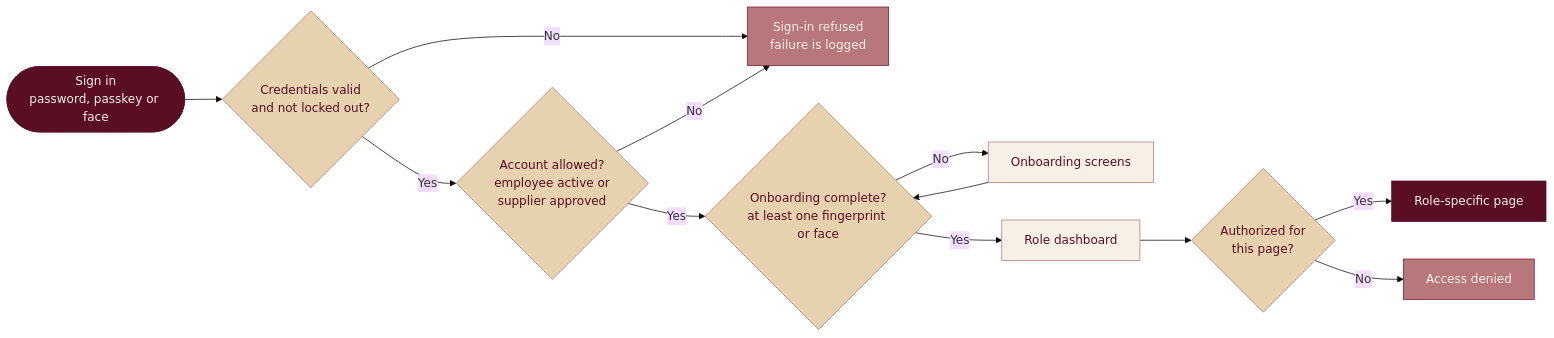
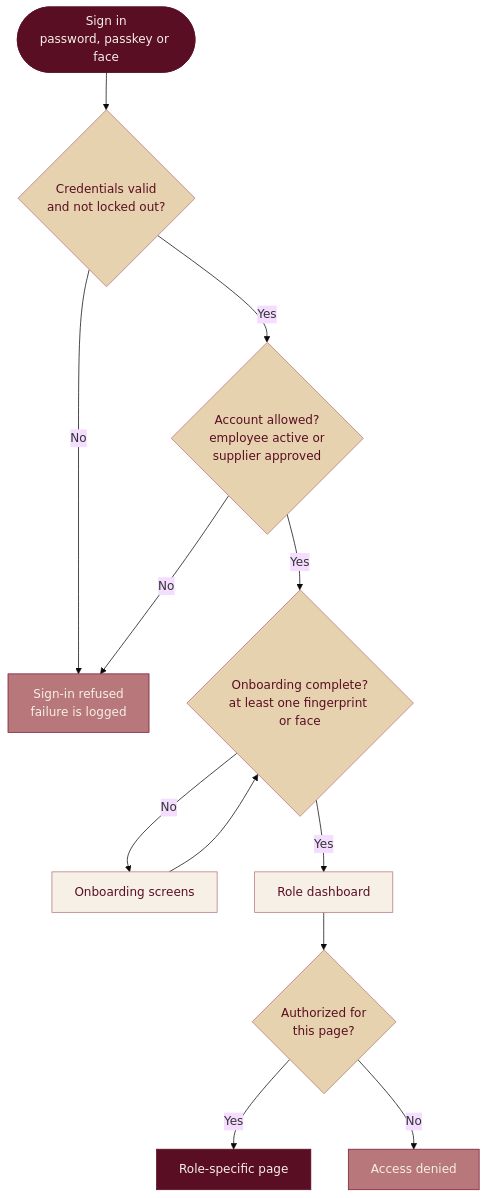
One commit to Supply-Tender-Team/Cosmetics-Management-System changed the fifth of 5 diagrams in README.md. Above: the diagram before and after it, drawn with Mermaid (base theme). The commit also changed other lines of this file and 1 other file, not shown here.

````diff
--- a/README.md
+++ b/README.md
@@ -296,20 +296,20 @@
 ```mermaid
-flowchart LR
+flowchart TD
     A(["Sign in<br/>password, passkey or face"]):::brand --> B{"Credentials valid<br/>and not locked out?"}:::decision
     B -- No --> C["Sign-in refused<br/>failure is logged"]:::bad
     B -- Yes --> D{"Account allowed?<br/>employee active or<br/>supplier approved"}:::decision
     D -- No --> C
     D -- Yes --> E{"Onboarding complete?<br/>at least one fingerprint or face"}:::decision
     E -- No --> F["Onboarding screens"]:::process
     F --> E
     E -- Yes --> G["Role dashboard"]:::process
     G --> H{"Authorized for<br/>this page?"}:::decision
     H -- Yes --> I["Role-specific page"]:::good
     H -- No --> J["Access denied"]:::bad
 
     classDef brand fill:#5A0E24,stroke:#5A0E24,color:#F6F0E6
     classDef decision fill:#E6D2AE,stroke:#B8777A,color:#5A0E24
     classDef process fill:#F6F0E6,stroke:#B8777A,color:#5A0E24
     classDef good fill:#5A0E24,stroke:#5A0E24,color:#F6F0E6
     classDef bad fill:#B8777A,stroke:#7A1A35,color:#F6F0E6
 ```
````
